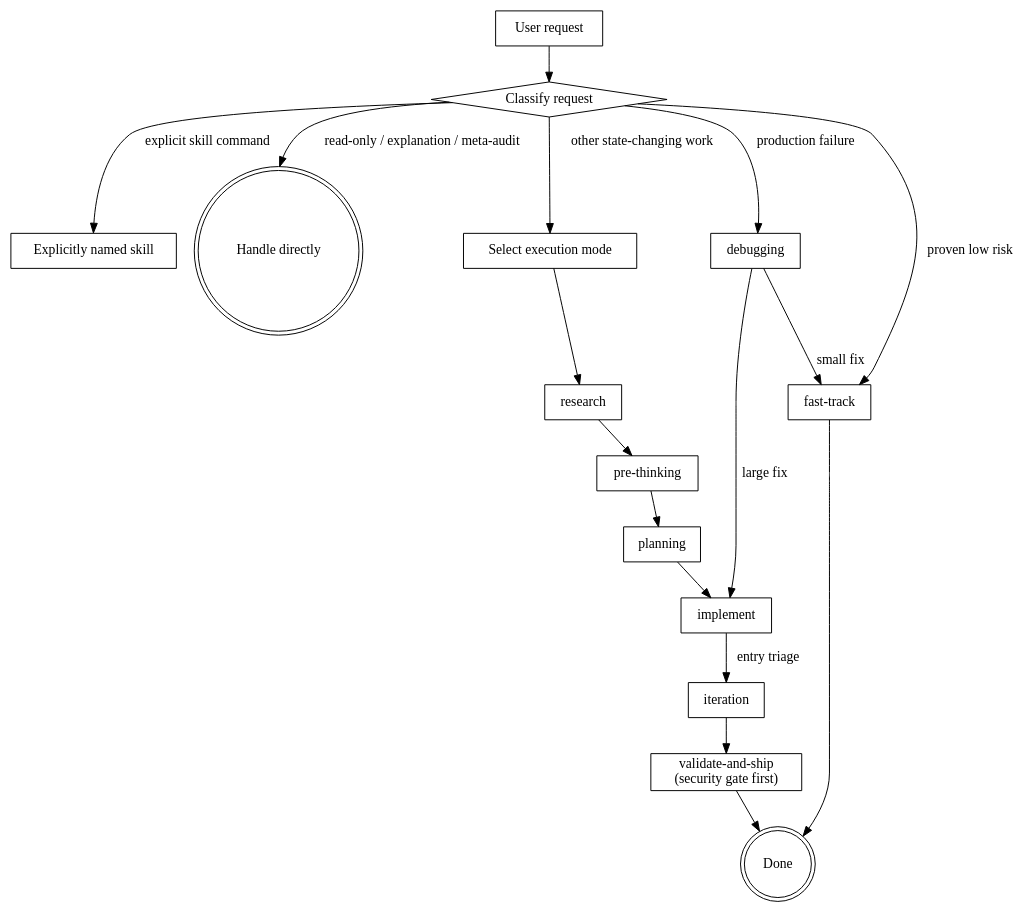
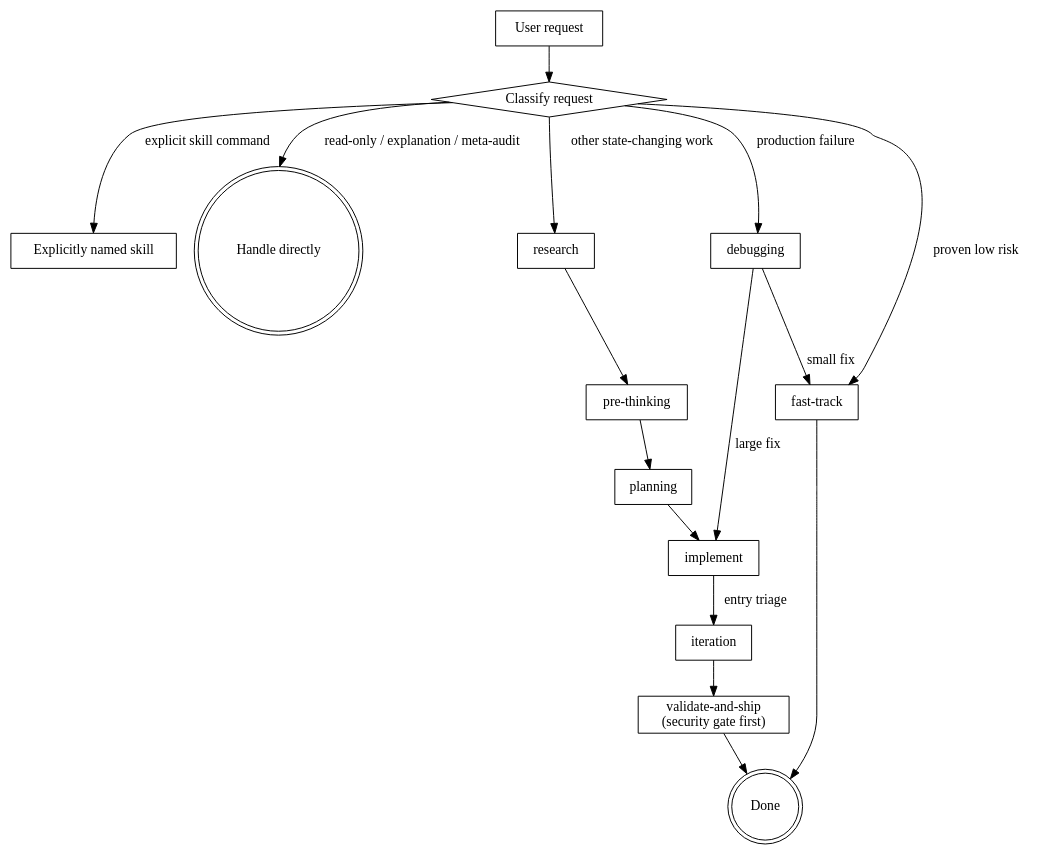
Before and after one commit to roymondliao/samsara: the diagram in skills/samsara-bootstrap/SKILL.md, drawn with Graphviz. The commit also changed other lines of this file and 37 other files, not shown here.

````diff
--- a/skills/samsara-bootstrap/SKILL.md
+++ b/skills/samsara-bootstrap/SKILL.md
@@ -131,39 +92,37 @@
 ```dot
 digraph samsara_routing {
     rankdir=TB;
     node [shape=box];
 
     request [label="User request"];
     classify [label="Classify request" shape=diamond];
     named [label="Explicitly named skill"];
     direct [label="Handle directly" shape=doublecircle];
-    mode [label="Select execution mode"];
     research [label="research"];
     prethinking [label="pre-thinking"];
     planning [label="planning"];
     implement [label="implement"];
     iteration [label="iteration"];
     validate [label="validate-and-ship\n(security gate first)"];
     fasttrack [label="fast-track"];
     debugging [label="debugging"];
     done [label="Done" shape=doublecircle];
 
     request -> classify;
     classify -> named [label="explicit skill command"];
     classify -> direct [label="read-only / explanation / meta-audit"];
     classify -> debugging [label="production failure"];
     classify -> fasttrack [label="proven low risk"];
-    classify -> mode [label="other state-changing work"];
-    mode -> research;
+    classify -> research [label="other state-changing work"];
 
     research -> prethinking;
     prethinking -> planning;
     planning -> implement;
     implement -> iteration [label="entry triage"];
     iteration -> validate;
     validate -> done;
     fasttrack -> done;
     debugging -> fasttrack [label="small fix"];
     debugging -> implement [label="large fix"];
 }
 ```
````
